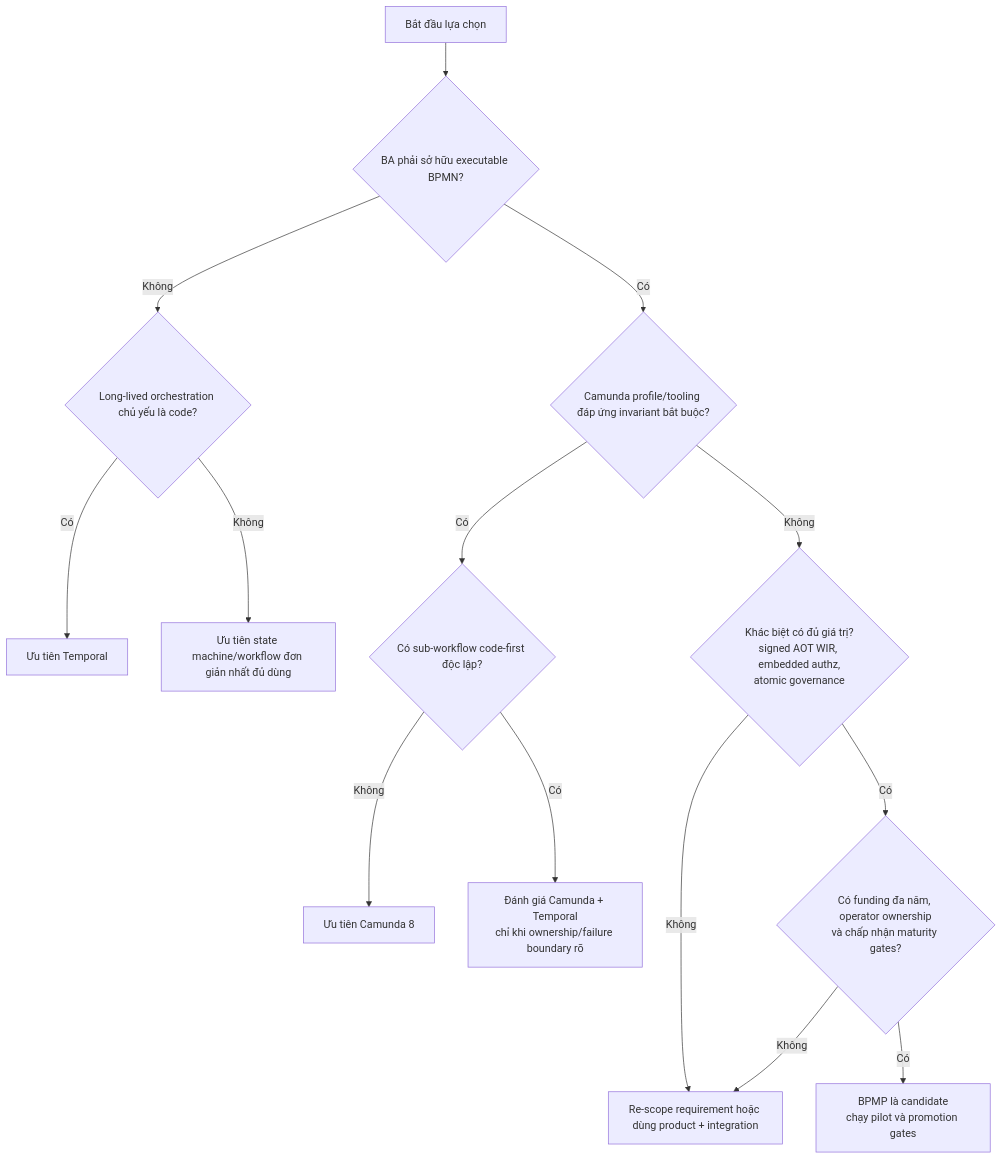
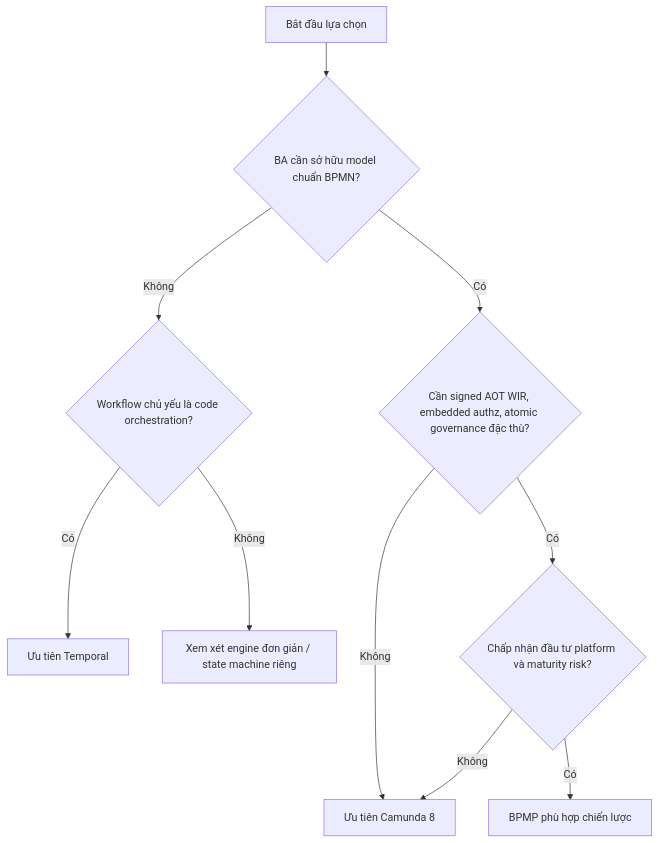
One commit to dangthobach/dangthobach.github.io changed diagram 11 of 12 in quartz/content/BPMP-Platform/BPMP-Architecture-Technology-Deep-Dive.md. Above: the diagram before and after it, drawn with Mermaid. The commit also changed other lines of this file and 1 other file, not shown here.

````diff
--- a/quartz/content/BPMP-Platform/BPMP-Architecture-Technology-Deep-Dive.md
+++ b/quartz/content/BPMP-Platform/BPMP-Architecture-Technology-Deep-Dive.md
@@ -489,16 +480,12 @@
 ```mermaid
 flowchart TD
-    START["Bắt đầu lựa chọn"] --> BA{"BA phải sở hữu executable BPMN?"}
-    BA -->|"Không"| CODE{"Long-lived orchestration chủ yếu là code?"}
+    START["Bắt đầu lựa chọn"] --> BA{"BA cần sở hữu model chuẩn BPMN?"}
+    BA -->|"Không"| CODE{"Workflow chủ yếu là code orchestration?"}
     CODE -->|"Có"| TEMP["Ưu tiên Temporal"]
-    CODE -->|"Không"| REVIEW["Ưu tiên state machine/workflow đơn giản nhất đủ dùng"]
-    BA -->|"Có"| FIT{"Camunda profile/tooling đáp ứng invariant bắt buộc?"}
-    FIT -->|"Có"| MIX{"Có sub-workflow code-first độc lập?"}
-    MIX -->|"Không"| CAM["Ưu tiên Camunda 8"]
-    MIX -->|"Có"| HYBRID["Đánh giá Camunda + Temporal\nchỉ khi ownership/failure boundary rõ"]
-    FIT -->|"Không"| CUSTOM{"Khác biệt có đủ giá trị?\nsigned AOT WIR, embedded authz,\natomic governance"}
-    CUSTOM -->|"Không"| RESCOPE["Re-scope requirement hoặc dùng product + integration"]
-    CUSTOM -->|"Có"| RISK{"Có funding đa năm, operator ownership\nvà chấp nhận maturity gates?"}
-    RISK -->|"Có"| BPMP["BPMP là candidate\nchạy pilot và promotion gates"]
-    RISK -->|"Không"| RESCOPE
+    CODE -->|"Không"| REVIEW["Xem xét engine đơn giản / state machine riêng"]
+    BA -->|"Có"| CUSTOM{"Cần signed AOT WIR, embedded authz, atomic governance đặc thù?"}
+    CUSTOM -->|"Không"| CAM["Ưu tiên Camunda 8"]
+    CUSTOM -->|"Có"| RISK{"Chấp nhận đầu tư platform và maturity risk?"}
+    RISK -->|"Có"| BPMP["BPMP phù hợp chiến lược"]
+    RISK -->|"Không"| CAM
 ```
````
